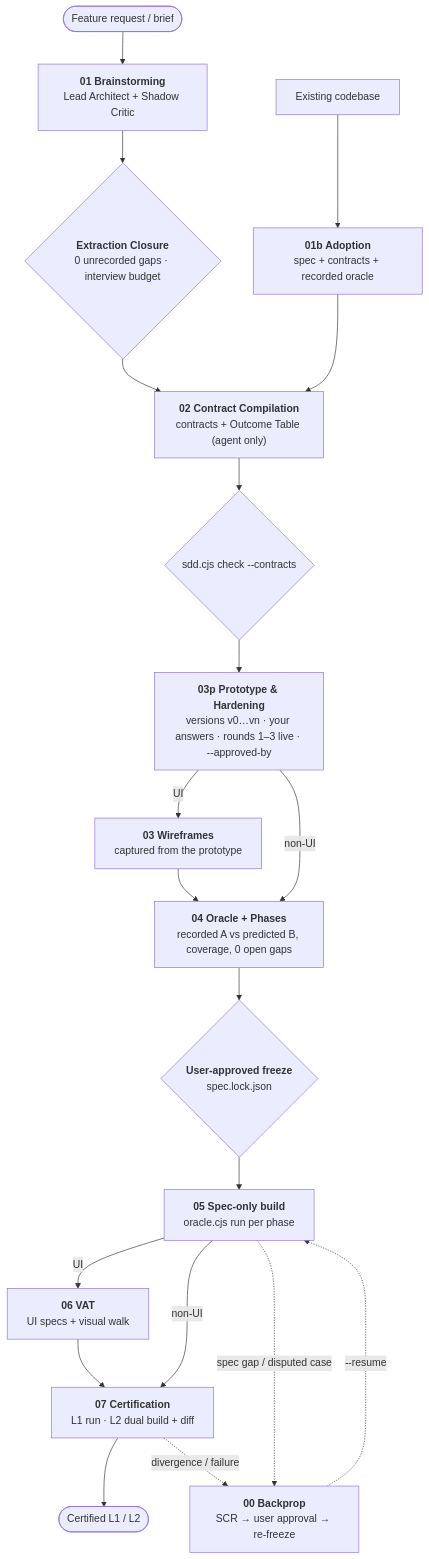
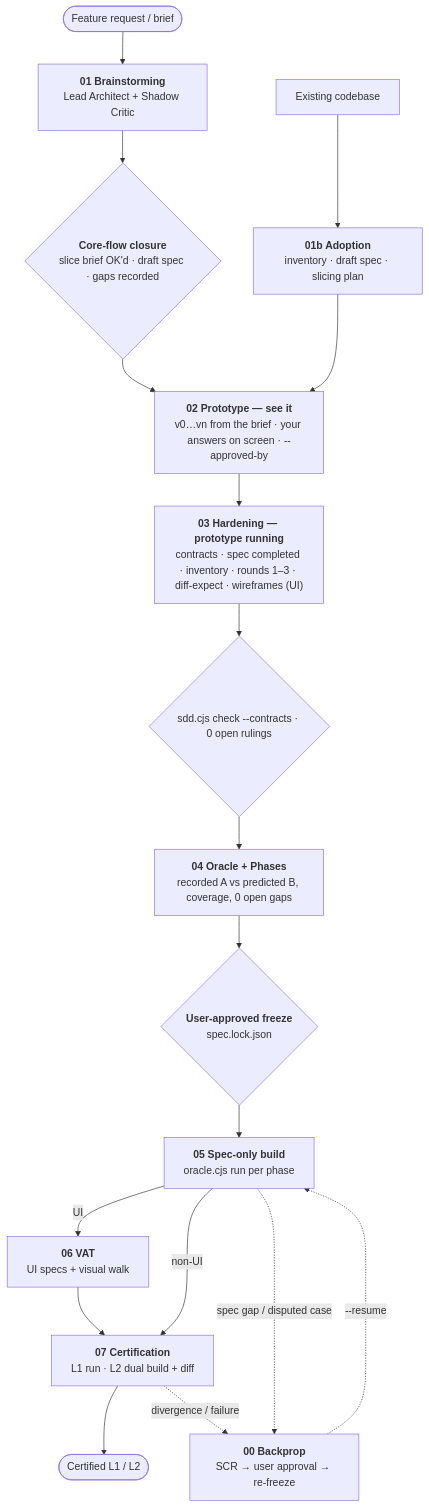
One commit to Wilberto-lopez-skymantics/skills changed the diagram in icm-workspace-template/README.md. Above: the diagram before and after it, drawn with Mermaid. The commit also changed other lines of this file and 40 other files, not shown here.

````diff
--- a/icm-workspace-template/README.md
+++ b/icm-workspace-template/README.md
@@ -138,22 +137,20 @@
 ```mermaid
 flowchart TD
     Start(["Feature request / brief"]) --> S01["<b>01 Brainstorming</b><br/>Lead Architect + Shadow Critic"]
-    Adopt["Existing codebase"] --> S01b["<b>01b Adoption</b><br/>spec + contracts + recorded oracle"]
+    Adopt["Existing codebase"] --> S01b["<b>01b Adoption</b><br/>inventory · draft spec · slicing plan"]
     S01b --> S02
-    S01 --> G01{"<b>Extraction Closure</b><br/>0 unrecorded gaps · interview budget"}
-    G01 --> S02["<b>02 Contract Compilation</b><br/>contracts + Outcome Table (agent only)"]
-    S02 --> C{"sdd.cjs check --contracts"}
-    C --> S03p["<b>03p Prototype & Hardening</b><br/>versions v0…vn · your answers · rounds 1–3 live · --approved-by"]
-    S03p -- "UI" --> S03["<b>03 Wireframes</b><br/>captured from the prototype"]
-    S03p -- "non-UI" --> S04
-    S03 --> S04["<b>04 Oracle + Phases</b><br/>recorded A vs predicted B, coverage, 0 open gaps"]
+    S01 --> G01{"<b>Core-flow closure</b><br/>slice brief OK'd · draft spec · gaps recorded"}
+    G01 --> S02["<b>02 Prototype — see it</b><br/>v0…vn from the brief · your answers on screen · --approved-by"]
+    S02 --> S03["<b>03 Hardening — prototype running</b><br/>contracts · spec completed · inventory · rounds 1–3 · diff-expect · wireframes (UI)"]
+    S03 --> C{"sdd.cjs check --contracts · 0 open rulings"}
+    C --> S04["<b>04 Oracle + Phases</b><br/>recorded A vs predicted B, coverage, 0 open gaps"]
     S04 --> F{"<b>User-approved freeze</b><br/>spec.lock.json"}
     F --> S05["<b>05 Spec-only build</b><br/>oracle.cjs run per phase"]
     S05 -- "UI" --> S06["<b>06 VAT</b><br/>UI specs + visual walk"]
     S05 -- "non-UI" --> S07
     S06 --> S07["<b>07 Certification</b><br/>L1 run · L2 dual build + diff"]
     S07 --> DONE(["Certified L1 / L2"])
     S05 -. "spec gap / disputed case" .-> S00
     S07 -. "divergence / failure" .-> S00["<b>00 Backprop</b><br/>SCR → user approval → re-freeze"]
     S00 -. "--resume" .-> S05
 ```
````
